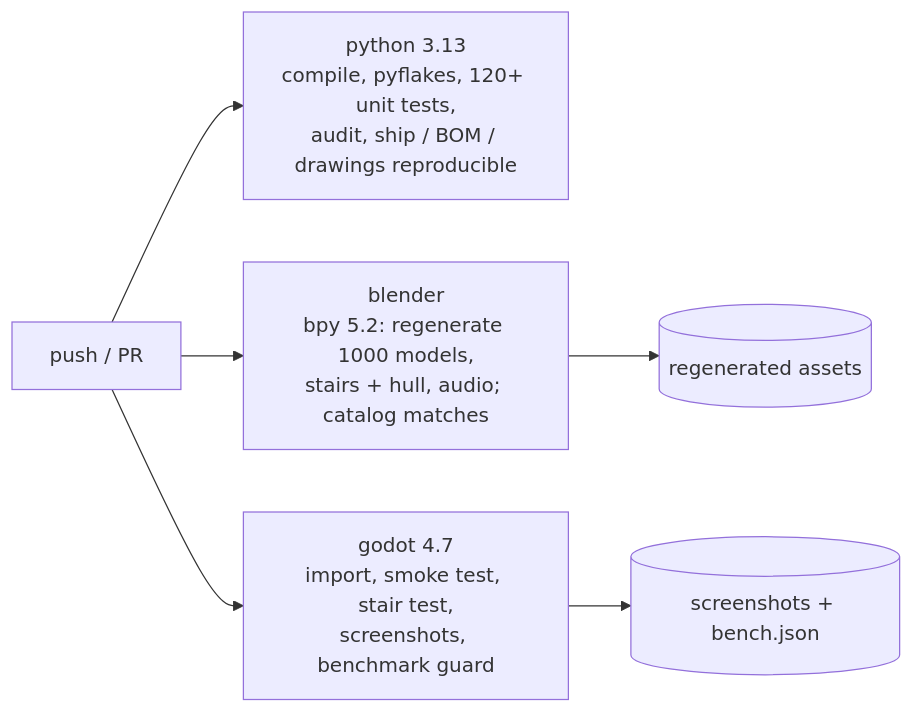
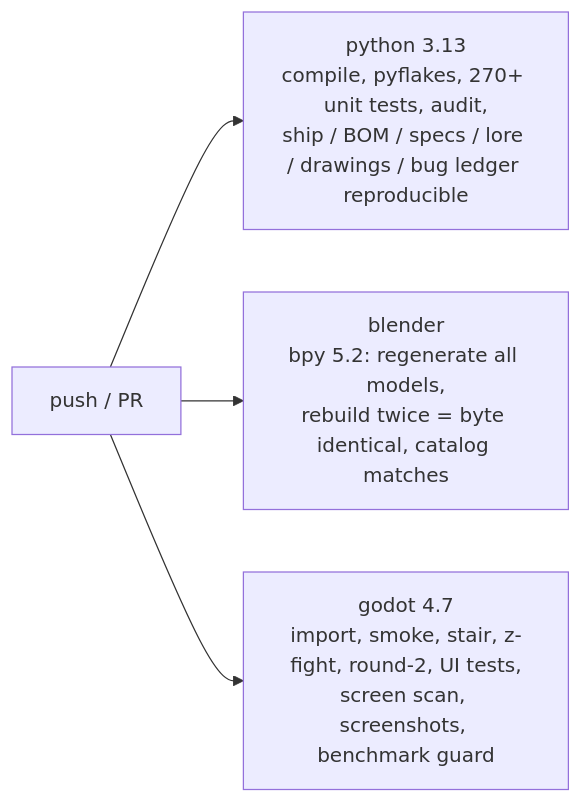
One commit to jgyy/starshipgo changed the fifth of 5 diagrams in README.md. Above: the diagram before and after it, drawn with Mermaid. The commit also changed other lines of this file and 3053 other files, not shown here.

First line of the commit message:
Streamlined five-deck starship: flared hull skin, 135 textures, food, interactive screens, specs and lore, 212 more fixed bugs (#3)

````diff
--- a/README.md
+++ b/README.md
@@ -179,8 +230,6 @@
 ```mermaid
 flowchart LR
-    PR[push / PR] --> PY[python 3.13<br/>compile, pyflakes, 120+ unit tests,<br/>audit, ship / BOM / drawings reproducible]
-    PR --> BL[blender<br/>bpy 5.2: regenerate 1000 models,<br/>stairs + hull, audio; catalog matches]
-    PR --> GD[godot 4.7<br/>import, smoke test, stair test,<br/>screenshots, benchmark guard]
-    GD --> A[(screenshots + bench.json)]
-    BL --> A2[(regenerated assets)]
+    PR[push / PR] --> PY[python 3.13<br/>compile, pyflakes, 270+ unit tests, audit,<br/>ship / BOM / specs / lore / drawings / bug ledger reproducible]
+    PR --> BL[blender<br/>bpy 5.2: regenerate all models,<br/>rebuild twice = byte identical, catalog matches]
+    PR --> GD[godot 4.7<br/>import, smoke, stair, z-fight, round-2, UI tests,<br/>screen scan, screenshots, benchmark guard]
 ```
````
